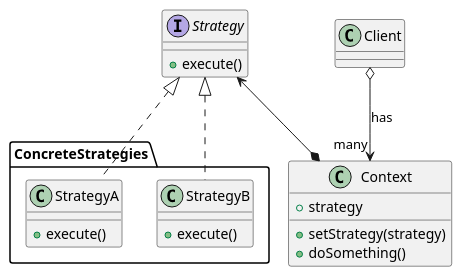
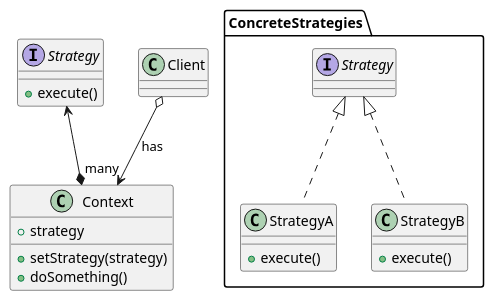
Before and after one commit to Noman5237/DesignPatterns: the diagram in cheatsheets/patterns/strategy.md, drawn with PlantUML. The commit also changed 14 other files, not shown here.

````diff
--- a/cheatsheets/patterns/strategy.md
+++ b/cheatsheets/patterns/strategy.md
@@ -12,32 +12,29 @@
 ```puml
 @startuml
 class Client 
 
 class Context {
     + strategy
     + setStrategy(strategy)
     + doSomething()
 }
 
 Client o--> "many" Context : has
 
 interface Strategy {
     +execute()
 }
 
 Context *-up-> Strategy
 
 package ConcreteStrategies {
-    class StrategyA {
+    class StrategyA implements Strategy {
         +execute()    
     }
-    class StrategyB {
+    class StrategyB implements Strategy {
         +execute()    
     }
 }
 
-Strategy <|-[dashed]- StrategyA
-Strategy <|-[dashed]- StrategyB
-
 @enduml
 ```
````
